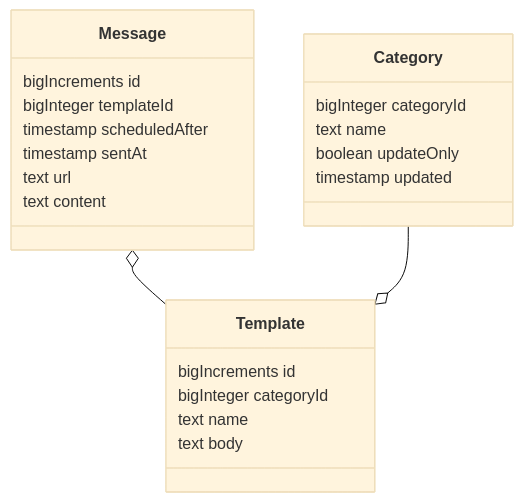
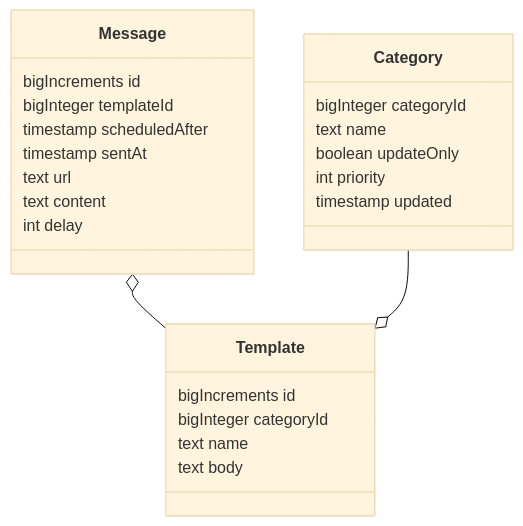
One commit to MichinobuMaeda/squirrelwheel changed the diagram in README.md. Above: the diagram before and after it, drawn with Mermaid (base theme). The commit also changed other lines of this file, not shown here.

````diff
--- a/README.md
+++ b/README.md
@@ -36,25 +36,27 @@
 ```mermaid
 classDiagram
 class Category {
     bigInteger categoryId
     text name
     boolean updateOnly
+    int priority
     timestamp updated
+}
+class Template {
+    bigIncrements id
+    bigInteger categoryId
+    text name
+    text body
 }
 class Message {
     bigIncrements id
     bigInteger templateId
     timestamp scheduledAfter
     timestamp sentAt
     text url
     text content
-}
-class Template {
-    bigIncrements id
-    bigInteger categoryId
-    text name
-    text body
+    int delay
 }
 Message o-- Template
 Category --o Template
 ```
````
